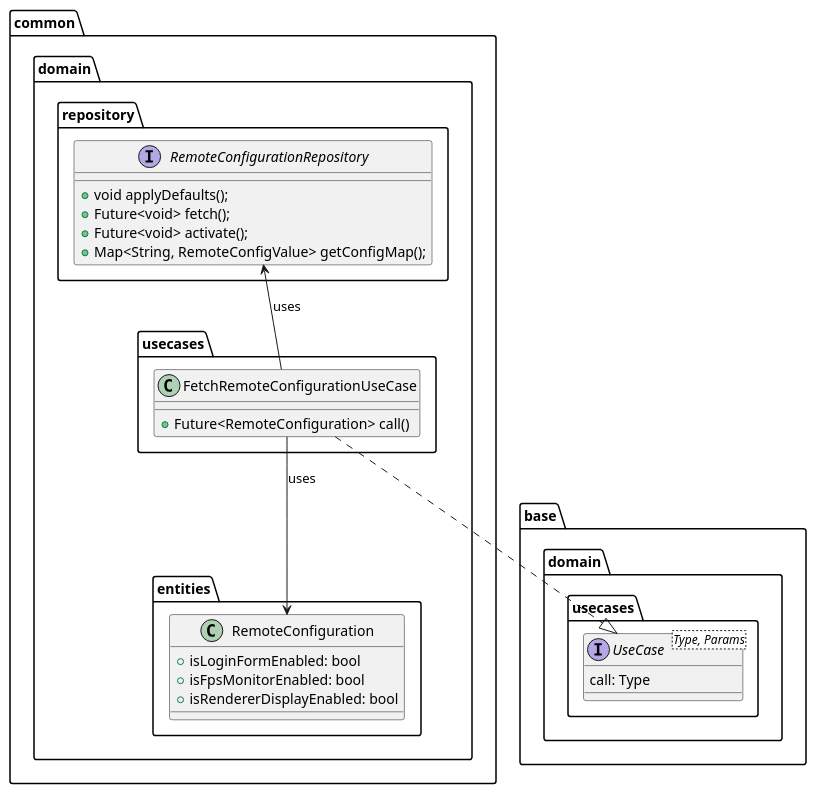
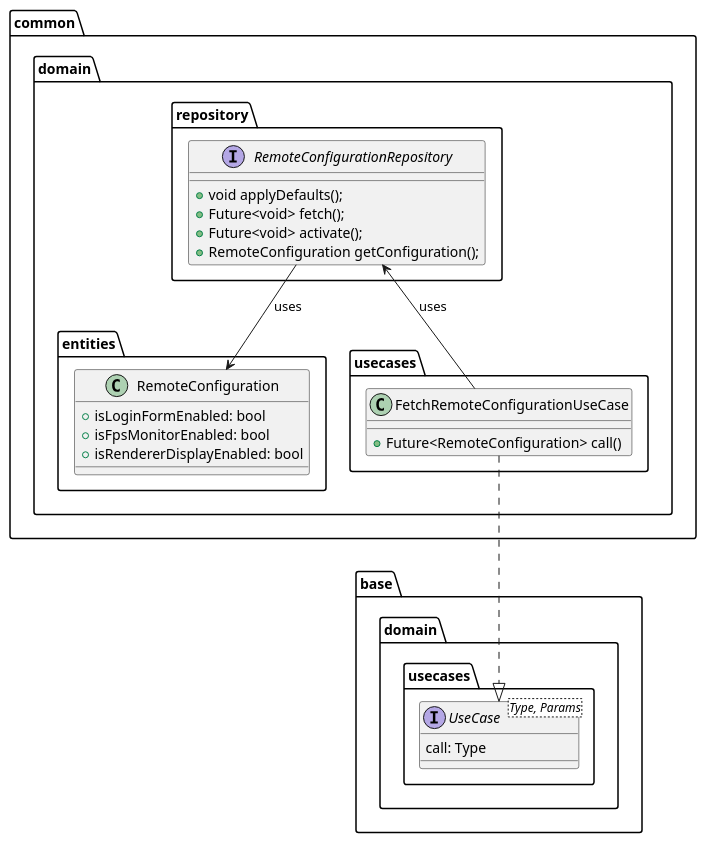
Before and after one commit to Flank/flank-dashboard: the diagram in metrics/web/docs/features/remote_config/diagrams/remote_config_domain_layer_class_diagram.puml, drawn with PlantUML. The commit also changed 1 other file, not shown here.

```diff
--- a/metrics/web/docs/features/remote_config/diagrams/remote_config_domain_layer_class_diagram.puml
+++ b/metrics/web/docs/features/remote_config/diagrams/remote_config_domain_layer_class_diagram.puml
@@ -1,40 +1,39 @@
 @startuml remote_config_domain_layer_class_diagram
 
 package base.domain.usecases {
     interface UseCase<Type, Params> {
         call: Type
     }
 }
 
 package common.domain {
     package repository {
         interface RemoteConfigurationRepository {
             + void applyDefaults();
             + Future<void> fetch();
             + Future<void> activate();
-            + Map<String, RemoteConfigValue> getConfigMap();
+            + RemoteConfiguration getConfiguration();
         }
     }
 
     package entities {
         class RemoteConfiguration {
             + isLoginFormEnabled: bool
             + isFpsMonitorEnabled: bool
             + isRendererDisplayEnabled: bool
         }
     }
 
     package usecases {
         class FetchRemoteConfigurationUseCase {
             + Future<RemoteConfiguration> call()
         }
     }
 }
 
 FetchRemoteConfigurationUseCase ..|> UseCase
 FetchRemoteConfigurationUseCase -up-> RemoteConfigurationRepository : uses
-FetchRemoteConfigurationUseCase --> RemoteConfiguration : uses
 
-' RemoteConfigurationRepository --> RemoteConfiguration: uses
+RemoteConfigurationRepository --> RemoteConfiguration: uses
 
 @enduml
```
